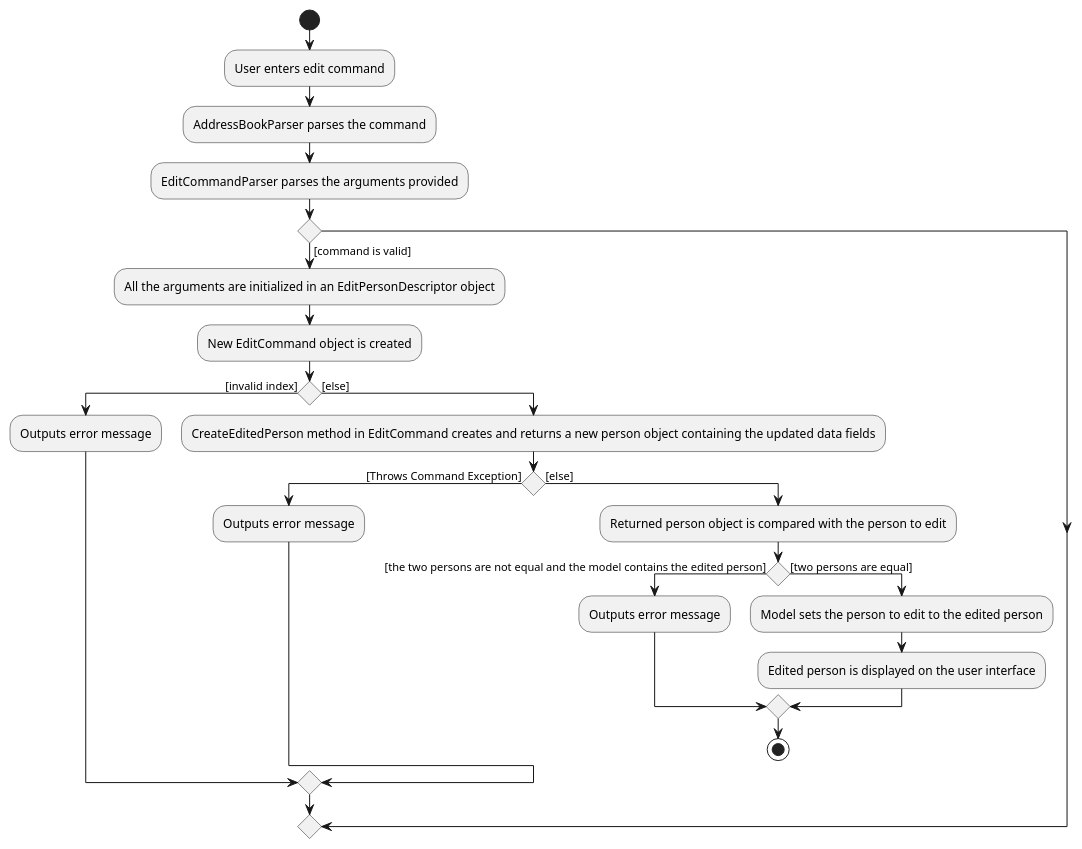
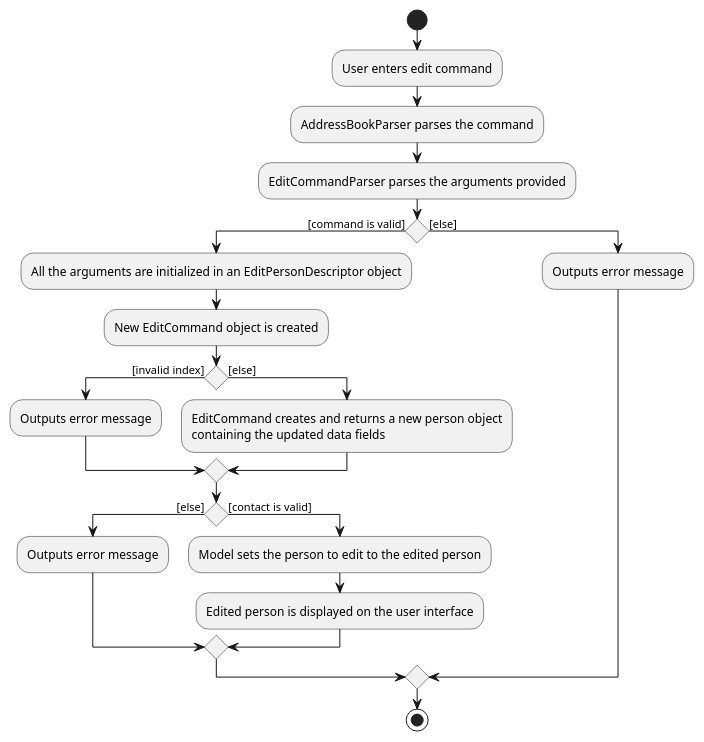
One commit to pranav-ganesh/tp changed the diagram in docs/diagrams/EditActivityDiagram.puml. Above: the diagram before and after it, drawn with PlantUML. The commit also changed 5 other files, not shown here.

```diff
--- a/docs/diagrams/EditActivityDiagram.puml
+++ b/docs/diagrams/EditActivityDiagram.puml
@@ -1,28 +1,28 @@
 @startuml
 'https://plantuml.com/activity-diagram-beta
 
 start
 :User enters edit command;
 :AddressBookParser parses the command;
 :EditCommandParser parses the arguments provided;
 if () then ([command is valid])
   :All the arguments are initialized in an EditPersonDescriptor object;
   :New EditCommand object is created;
   if() then ([invalid index])
     :Outputs error message;
-    else ([else])
-    :CreateEditedPerson method in EditCommand creates and returns a new person object containing the updated data fields;
-    if() then ([Throws Command Exception])
-      :Outputs error message;
-      else ([else])
-      :Returned person object is compared with the person to edit;
-      if() then ([the two persons are not equal and the model contains the edited person])
-        :Outputs error message;
-        else ([two persons are equal])
-        :Model sets the person to edit to the edited person;
-        :Edited person is displayed on the user interface;
+  else ([else])
+    :EditCommand creates and returns a new person object\ncontaining the updated data fields;
+  endif
+  if() then ([else])
+    :Outputs error message;
+  else ([contact is valid])
+    :Model sets the person to edit to the edited person;
+    :Edited person is displayed on the user interface;
+  endif
+else ([else])
+:Outputs error message;
 endif
 
 stop
 
 @enduml
```
